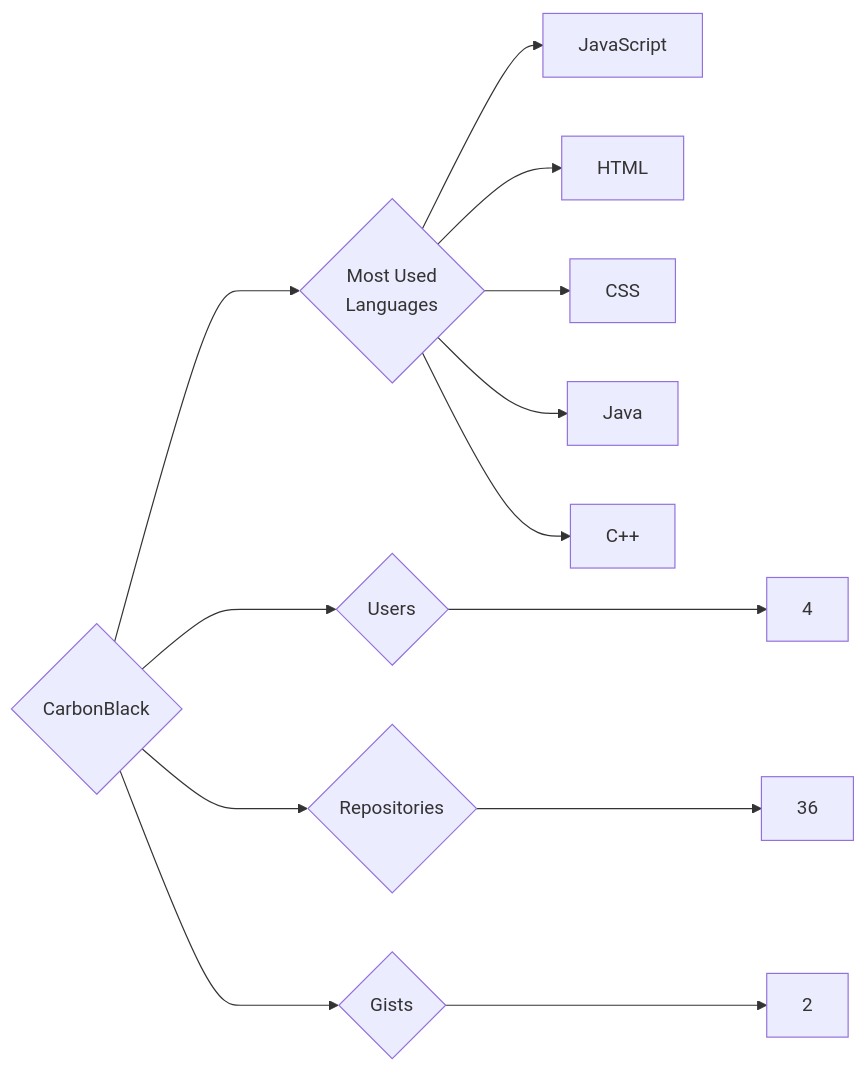
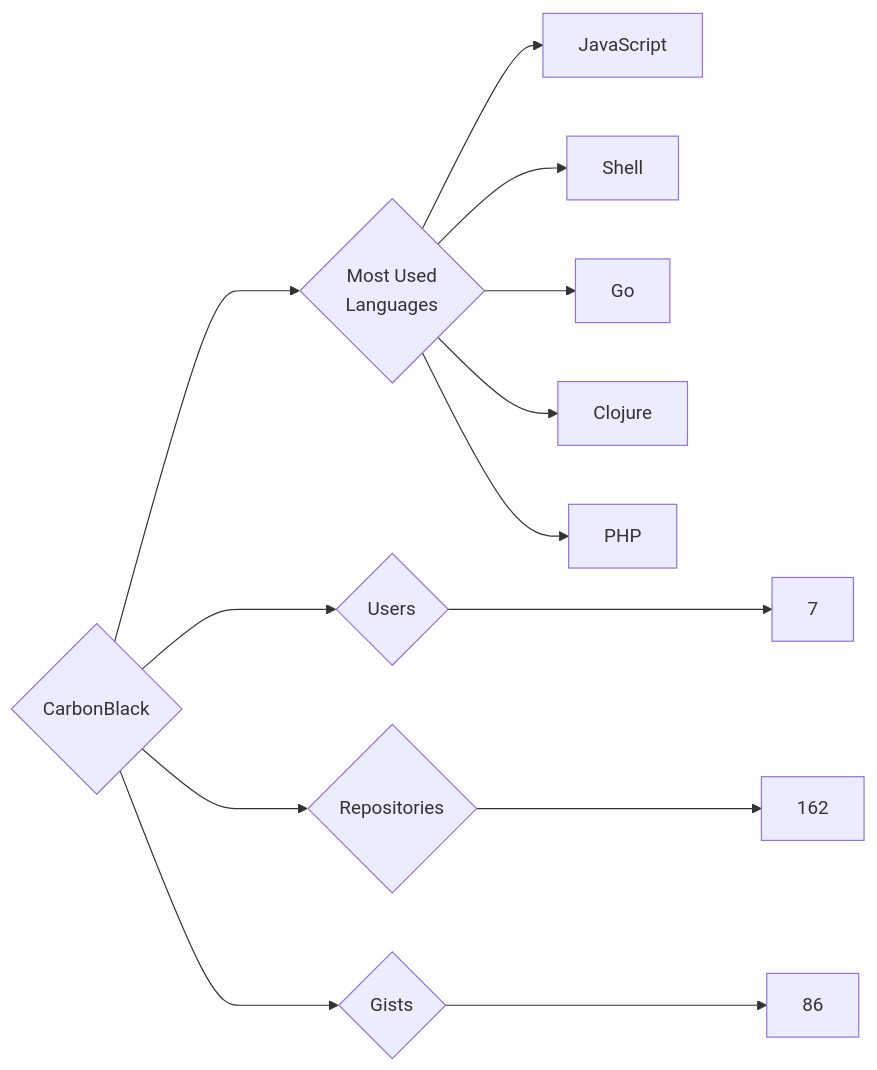
The diagram in targets/CarbonBlack/README.md (trickest/insiders), drawn with Mermaid before and after one commit. The commit also changed 1314 other files, not shown here.

````diff
--- a/targets/CarbonBlack/README.md
+++ b/targets/CarbonBlack/README.md
@@ -3,13 +3,13 @@
 ```mermaid
 graph LR
 COMPANY_NAME{CarbonBlack}
-COMPANY_NAME ---> U{Users} ---> UN[4]
-COMPANY_NAME ---> R{Repositories} ---> RN[36]
-COMPANY_NAME ---> G{Gists} ---> GN[2]
+COMPANY_NAME ---> U{Users} ---> UN[7]
+COMPANY_NAME ---> R{Repositories} ---> RN[162]
+COMPANY_NAME ---> G{Gists} ---> GN[86]
 COMPANY_NAME ---> ML{Most Used<br>Languages}
 ML --> JavaScript[JavaScript]
-ML --> HTML[HTML]
-ML --> CSS[CSS]
-ML --> Java[Java]
-ML --> C++[C++]
+ML --> Shell[Shell]
+ML --> Go[Go]
+ML --> Clojure[Clojure]
+ML --> PHP[PHP]
 ```
````
